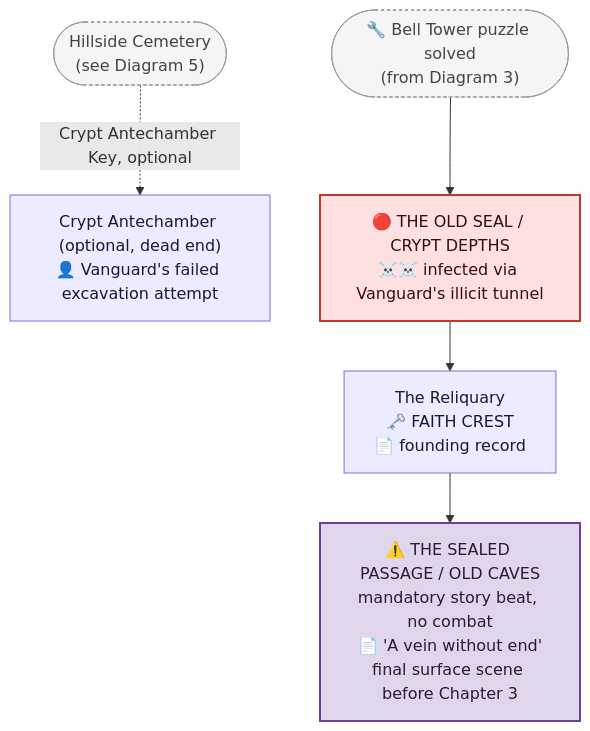
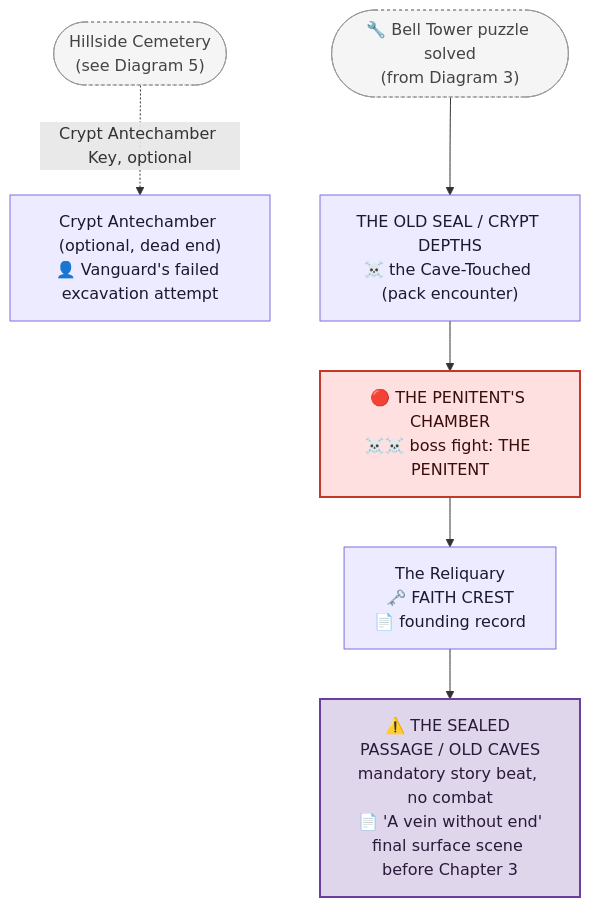
One commit to GIToez/Deadlock-Design changed the fourth of 5 diagrams in DESIGN/Locations/Monastery.md. Above: the diagram before and after it, drawn with Mermaid. The commit also changed other lines of this file and 10 other files, not shown here.

Commit message:
Dialogue/pacing trim across all five scripts, add deliberate messiness beat, final consistency pass on Locations diagrams

````diff
--- a/DESIGN/Locations/Monastery.md
+++ b/DESIGN/Locations/Monastery.md
@@ -579,21 +579,22 @@
 ```mermaid
 flowchart TD
     BELLREF(["🔧 Bell Tower puzzle solved<br/>(from Diagram 3)"])
     CEMETERYREF(["Hillside Cemetery<br/>(see Diagram 5)"])
     ANTECHAMBER["Crypt Antechamber (optional, dead end)<br/>👤 Vanguard's failed excavation attempt"]
-    OLDSEAL["🔴 THE OLD SEAL / CRYPT DEPTHS<br/>☠️☠️ infected via Vanguard's illicit tunnel"]
+    OLDSEAL["THE OLD SEAL / CRYPT DEPTHS<br/>☠️ the Cave-Touched (pack encounter)"]
+    PENITENT["🔴 THE PENITENT'S CHAMBER<br/>☠️☠️ boss fight: THE PENITENT"]
     RELIQUARY["The Reliquary<br/>🗝️ FAITH CREST<br/>📄 founding record"]
     SEALEDPASSAGE["⚠️ THE SEALED PASSAGE / OLD CAVES<br/>mandatory story beat, no combat<br/>📄 'A vein without end'<br/>final surface scene before Chapter 3"]
 
     CEMETERYREF -. Crypt Antechamber Key, optional .-> ANTECHAMBER
-    BELLREF --> OLDSEAL --> RELIQUARY --> SEALEDPASSAGE
+    BELLREF --> OLDSEAL --> PENITENT --> RELIQUARY --> SEALEDPASSAGE
 
     classDef room fill:#EDEBFF,stroke:#7C6EE0,color:#1a1a2e
     classDef boss fill:#FFE0E0,stroke:#C0392B,color:#3a0d0d,stroke-width:2px
     classDef ref fill:#F5F5F5,stroke:#999999,color:#444444,stroke-dasharray:3 3
     classDef vanguard fill:#E0D6EC,stroke:#6A3FA0,color:#2a1a3a,stroke-width:2px
     class BELLREF,CEMETERYREF ref
-    class ANTECHAMBER,RELIQUARY room
-    class OLDSEAL boss
+    class ANTECHAMBER,OLDSEAL,RELIQUARY room
+    class PENITENT boss
     class SEALEDPASSAGE vanguard
 ```
````
